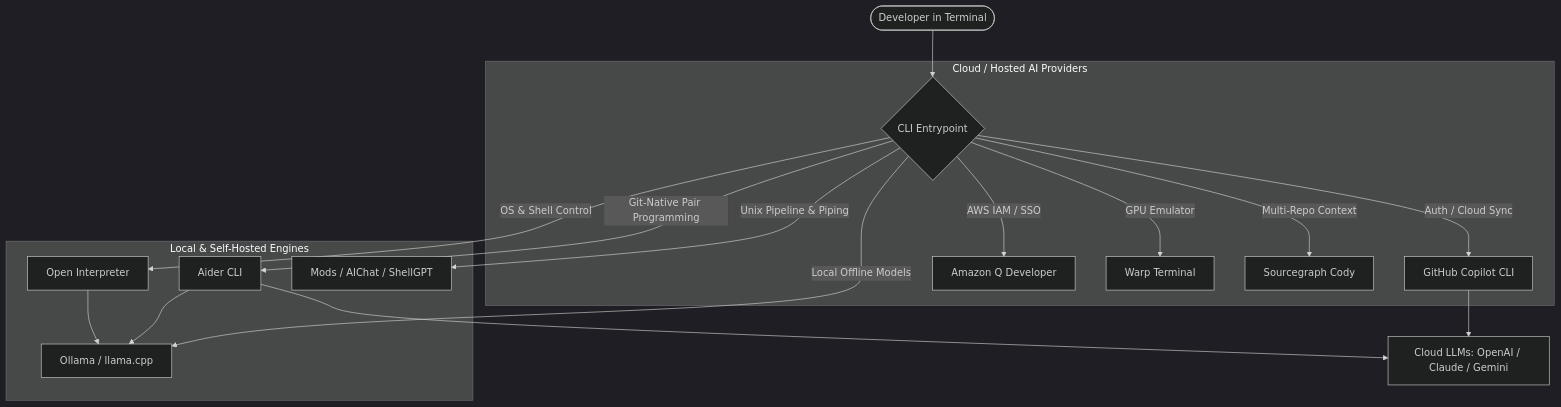
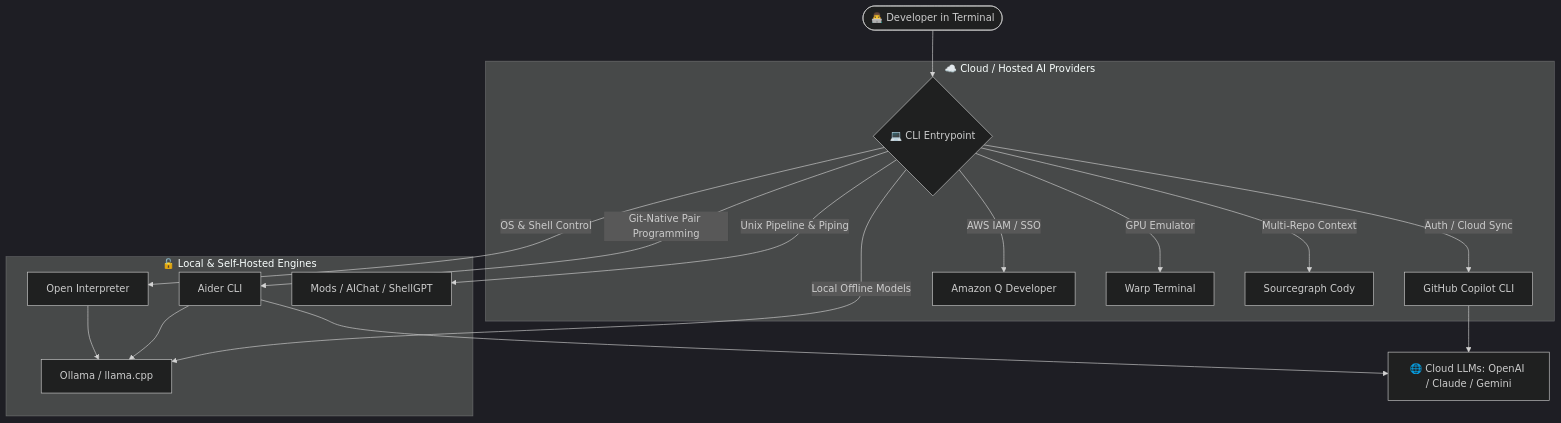
One commit to ishandutta2007/Awesome-AI-CLI-Tools changed the diagram in README.md. Above: the diagram before and after it, drawn with Mermaid (dark theme). The commit also changed other lines of this file and 1 other file, not shown here.

````diff
--- a/README.md
+++ b/README.md
@@ -84,23 +99,23 @@
 ```mermaid
 flowchart TD
-    User([Developer in Terminal]) --> Interface{CLI Entrypoint}
+    User([👨‍💻 Developer in Terminal]) --> Interface{💻 CLI Entrypoint}
     
-    subgraph SaaS_Solutions["Cloud / Hosted AI Providers"]
+    subgraph SaaS_Solutions["☁️ Cloud / Hosted AI Providers"]
         Interface -->|Auth / Cloud Sync| Copilot[GitHub Copilot CLI]
         Interface -->|AWS IAM / SSO| AmazonQ[Amazon Q Developer]
         Interface -->|GPU Emulator| Warp[Warp Terminal]
         Interface -->|Multi-Repo Context| Cody[Sourcegraph Cody]
     end
 
-    subgraph Open_Source_Engines["Local & Self-Hosted Engines"]
+    subgraph Open_Source_Engines["🔓 Local & Self-Hosted Engines"]
         Interface -->|Git-Native Pair Programming| Aider[Aider CLI]
         Interface -->|OS & Shell Control| OpenInterpreter[Open Interpreter]
         Interface -->|Unix Pipeline & Piping| Mods[Mods / AIChat / ShellGPT]
         Interface -->|Local Offline Models| Ollama[Ollama / llama.cpp]
     end
 
-    Copilot --> RemoteLLMs[Cloud LLMs: OpenAI / Claude / Gemini]
+    Copilot --> RemoteLLMs[🌐 Cloud LLMs: OpenAI / Claude / Gemini]
     Aider --> RemoteLLMs
     Aider --> Ollama
     OpenInterpreter --> Ollama
 ```
````
